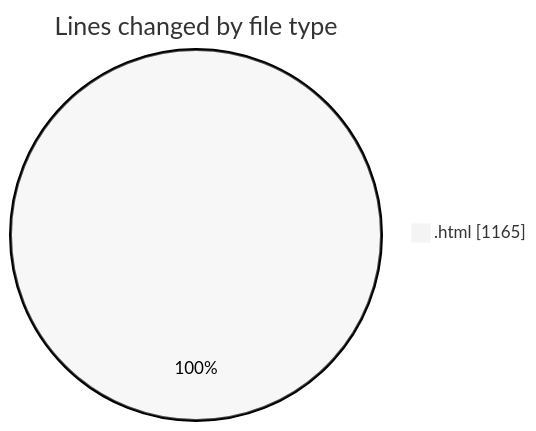
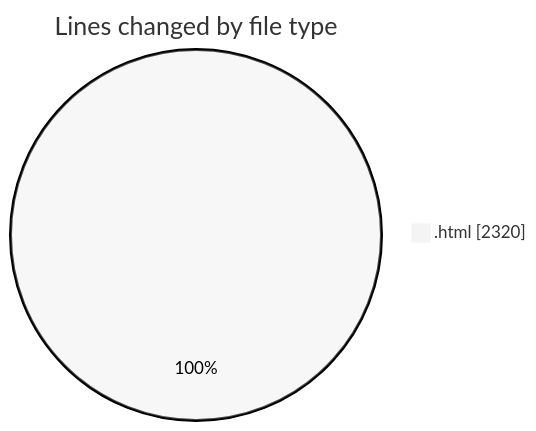
Before and after one commit to hasnaa123/code-tracking: the first of 2 diagrams in 2025-12-21/technologie_web/README.md, drawn with Mermaid (neutral theme). The commit also changed other lines of this file and 1 other file, not shown here.

````diff
--- a/2025-12-21/technologie_web/README.md
+++ b/2025-12-21/technologie_web/README.md
@@ -20,5 +21,5 @@
 ```mermaid
 pie showData
 title Lines changed by file type
-".html" : 1165
+".html" : 2320
 ```
````
